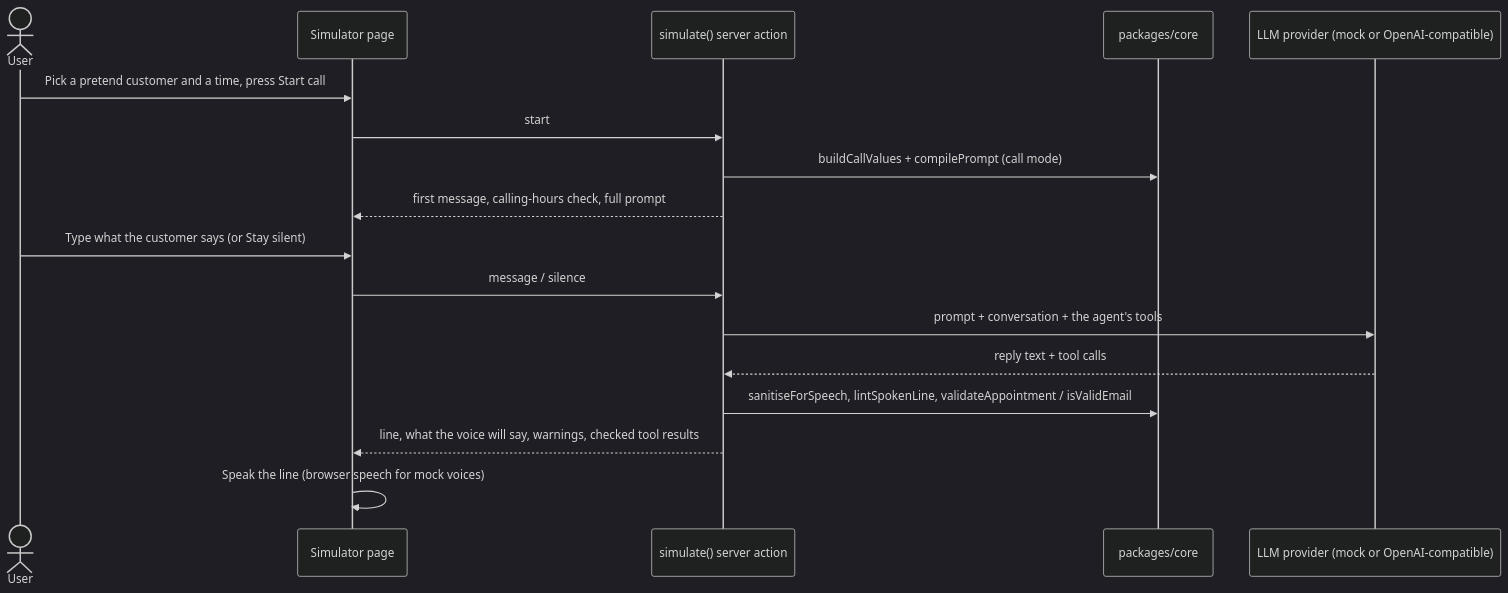
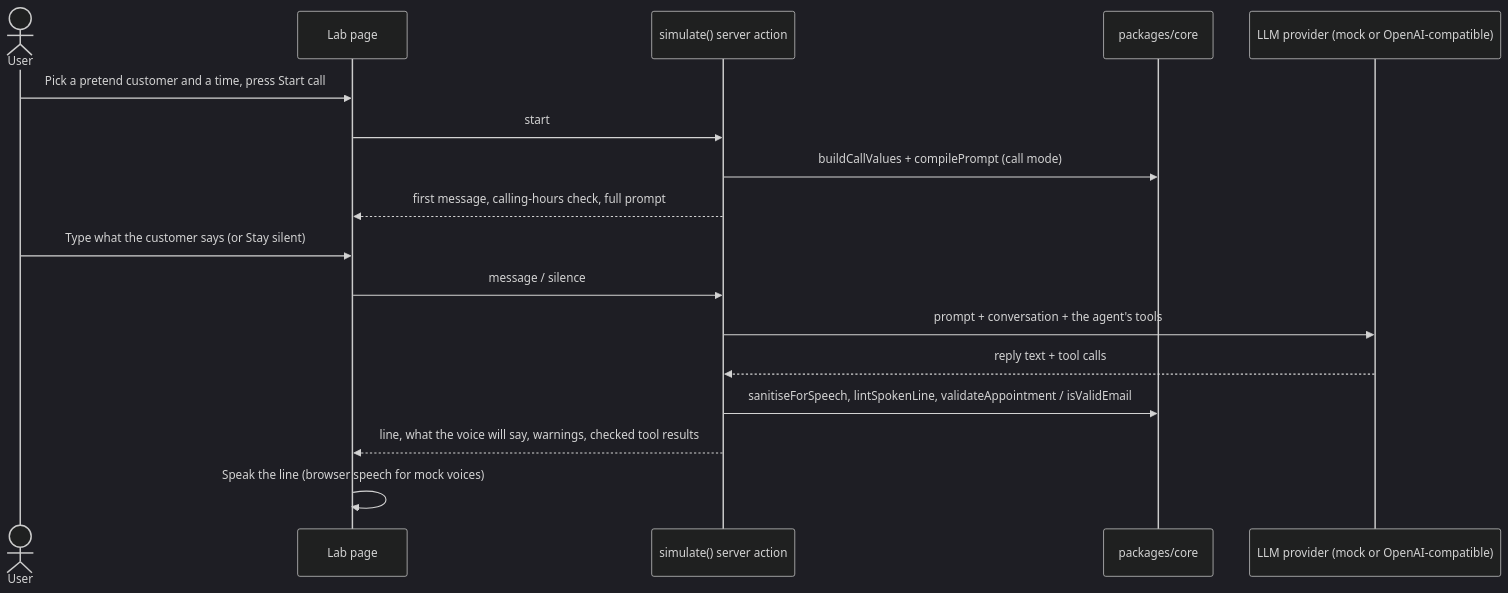
Before and after one commit to SpagAI/Spagai: the fifth of 8 diagrams in docs/ARCHITECTURE.md, drawn with Mermaid (dark theme). The commit also changed other lines of this file and 129 other files, not shown here.

````diff
--- a/docs/ARCHITECTURE.md
+++ b/docs/ARCHITECTURE.md
@@ -127,19 +127,19 @@
 ```mermaid
 sequenceDiagram
     actor U as User
-    participant S as Simulator page
+    participant S as Lab page
     participant A as simulate() server action
     participant C as packages/core
     participant L as LLM provider (mock or OpenAI-compatible)
     U->>S: Pick a pretend customer and a time, press Start call
     S->>A: start
     A->>C: buildCallValues + compilePrompt (call mode)
     A-->>S: first message, calling-hours check, full prompt
     U->>S: Type what the customer says (or Stay silent)
     S->>A: message / silence
     A->>L: prompt + conversation + the agent's tools
     L-->>A: reply text + tool calls
     A->>C: sanitiseForSpeech, lintSpokenLine, validateAppointment / isValidEmail
     A-->>S: line, what the voice will say, warnings, checked tool results
     S->>S: Speak the line (browser speech for mock voices)
 ```
````
